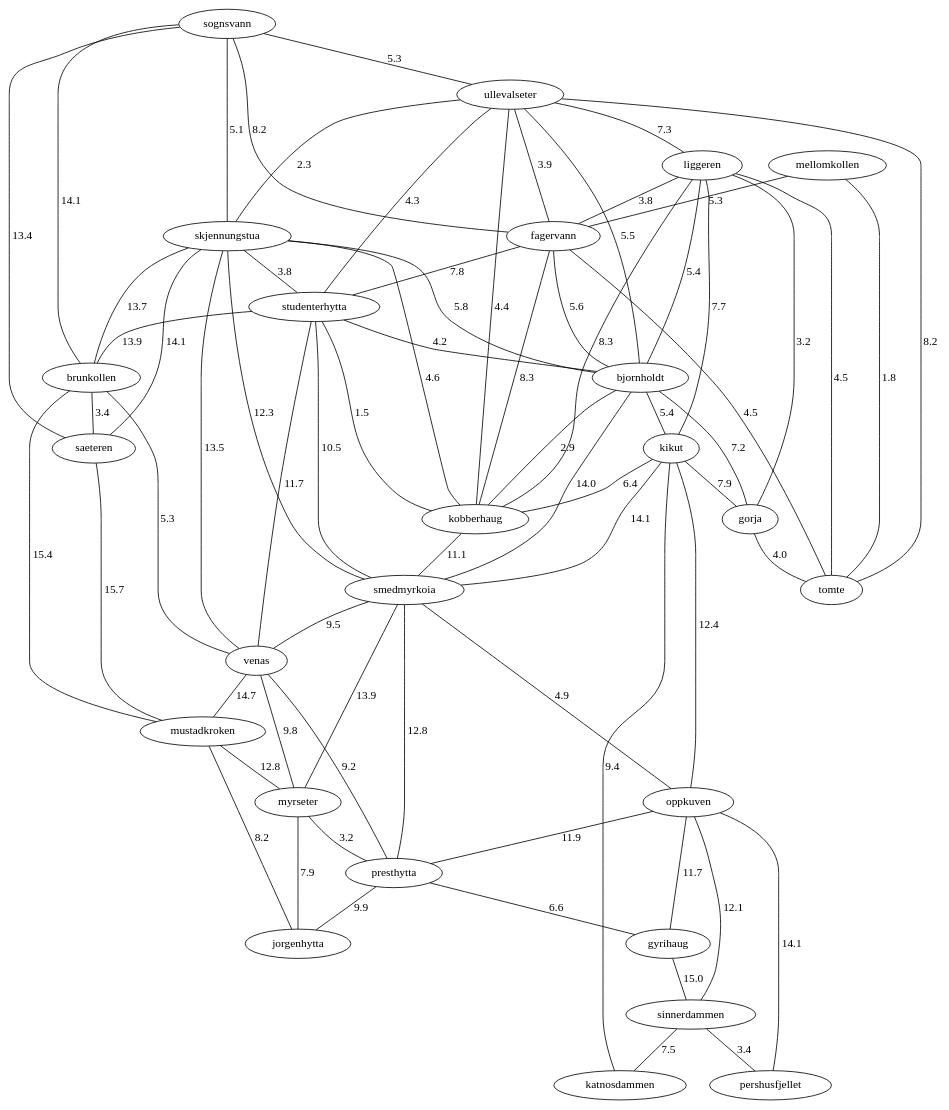
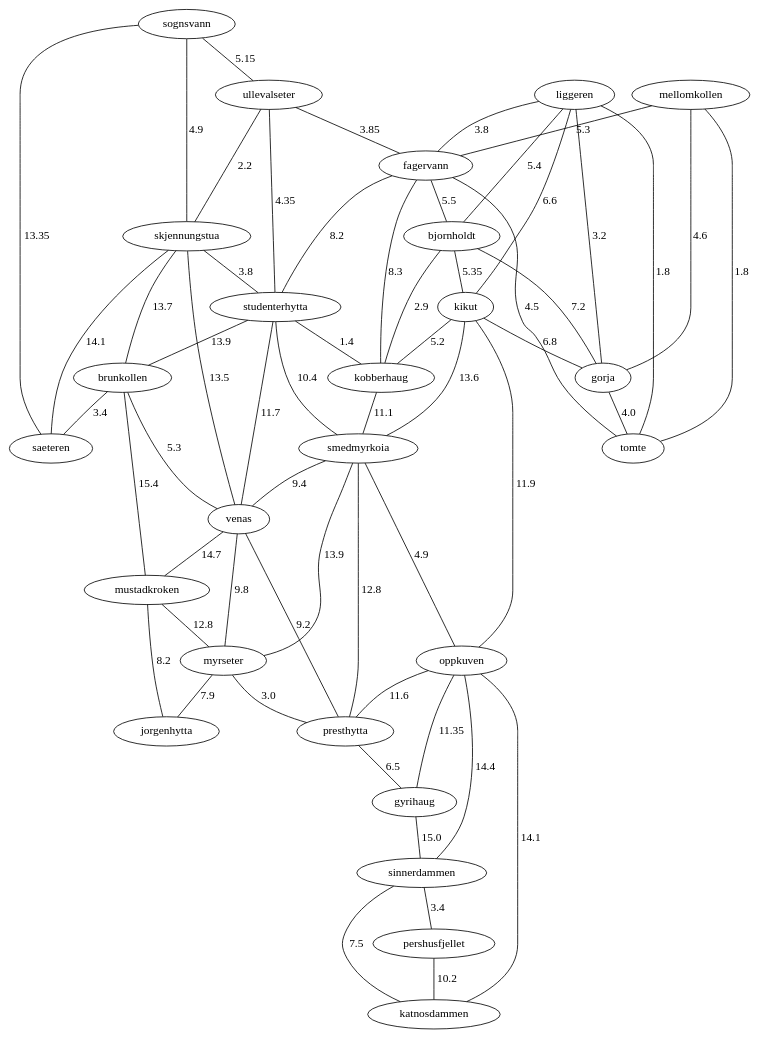
The diagram in fulLGraph.dot (kskaret/Marka), drawn with Graphviz before and after one commit. The commit also changed 37 other files, not shown here.

```diff
--- a/fulLGraph.dot
+++ b/fulLGraph.dot
@@ -1,73 +1,60 @@
 graph G {
-sognsvann -- ullevalseter [len=2.65, label=5.3]
-sognsvann -- skjennungstua [len=2.55, label=5.1]
-sognsvann -- fagervann [len=4.1, label=8.2]
-sognsvann -- brunkollen [len=7.05, label=14.1]
-sognsvann -- saeteren [len=6.7, label=13.4]
-ullevalseter -- skjennungstua [len=1.15, label=2.3]
-ullevalseter -- liggeren [len=3.65, label=7.3]
-ullevalseter -- fagervann [len=1.95, label=3.9]
-ullevalseter -- studenterhytta [len=2.15, label=4.3]
-ullevalseter -- bjornholdt [len=2.75, label=5.5]
-ullevalseter -- kobberhaug [len=2.2, label=4.4]
-ullevalseter -- tomte [len=4.1, label=8.2]
+sognsvann -- ullevalseter [len=2.575, label=5.15]
+sognsvann -- saeteren [len=6.675, label=13.35]
+sognsvann -- skjennungstua [len=2.45, label=4.9]
+ullevalseter -- skjennungstua [len=1.1, label=2.2]
+ullevalseter -- fagervann [len=1.925, label=3.85]
+ullevalseter -- studenterhytta [len=2.175, label=4.35]
 skjennungstua -- studenterhytta [len=1.9, label=3.8]
-skjennungstua -- bjornholdt [len=2.9, label=5.8]
-skjennungstua -- kobberhaug [len=2.3, label=4.6]
 skjennungstua -- brunkollen [len=6.85, label=13.7]
-skjennungstua -- smedmyrkoia [len=6.15, label=12.3]
 skjennungstua -- saeteren [len=7.05, label=14.1]
 skjennungstua -- venas [len=6.75, label=13.5]
 mellomkollen -- fagervann [len=2.65, label=5.3]
 mellomkollen -- tomte [len=0.9, label=1.8]
+mellomkollen -- gorja [len=2.3, label=4.6]
 liggeren -- fagervann [len=1.9, label=3.8]
 liggeren -- bjornholdt [len=2.7, label=5.4]
-liggeren -- kikut [len=3.85, label=7.7]
+liggeren -- kikut [len=3.3, label=6.6]
 liggeren -- gorja [len=1.6, label=3.2]
-liggeren -- kobberhaug [len=4.15, label=8.3]
-liggeren -- tomte [len=2.25, label=4.5]
-fagervann -- studenterhytta [len=3.9, label=7.8]
-fagervann -- bjornholdt [len=2.8, label=5.6]
+liggeren -- tomte [len=0.9, label=1.8]
+fagervann -- studenterhytta [len=4.1, label=8.2]
+fagervann -- bjornholdt [len=2.75, label=5.5]
 fagervann -- kobberhaug [len=4.15, label=8.3]
 fagervann -- tomte [len=2.25, label=4.5]
-studenterhytta -- bjornholdt [len=2.1, label=4.2]
-studenterhytta -- kobberhaug [len=0.75, label=1.5]
+studenterhytta -- kobberhaug [len=0.7, label=1.4]
 studenterhytta -- brunkollen [len=6.95, label=13.9]
-studenterhytta -- smedmyrkoia [len=5.25, label=10.5]
+studenterhytta -- smedmyrkoia [len=5.2, label=10.4]
 studenterhytta -- venas [len=5.85, label=11.7]
-bjornholdt -- kikut [len=2.7, label=5.4]
+bjornholdt -- kikut [len=2.675, label=5.35]
 bjornholdt -- gorja [len=3.6, label=7.2]
 bjornholdt -- kobberhaug [len=1.45, label=2.9]
-bjornholdt -- smedmyrkoia [len=7.0, label=14.0]
-kikut -- gorja [len=3.95, label=7.9]
-kikut -- kobberhaug [len=3.2, label=6.4]
-kikut -- smedmyrkoia [len=7.05, label=14.1]
-kikut -- oppkuven [len=6.2, label=12.4]
-kikut -- katnosdammen [len=4.7, label=9.4]
+kikut -- gorja [len=3.4, label=6.8]
+kikut -- kobberhaug [len=2.6, label=5.2]
+kikut -- smedmyrkoia [len=6.8, label=13.6]
+kikut -- oppkuven [len=5.95, label=11.9]
 gorja -- tomte [len=2.0, label=4.0]
 kobberhaug -- smedmyrkoia [len=5.55, label=11.1]
 brunkollen -- saeteren [len=1.7, label=3.4]
 brunkollen -- venas [len=2.65, label=5.3]
 brunkollen -- mustadkroken [len=7.7, label=15.4]
-smedmyrkoia -- venas [len=4.75, label=9.5]
+smedmyrkoia -- venas [len=4.7, label=9.4]
 smedmyrkoia -- myrseter [len=6.95, label=13.9]
 smedmyrkoia -- oppkuven [len=2.45, label=4.9]
 smedmyrkoia -- presthytta [len=6.4, label=12.8]
-saeteren -- mustadkroken [len=7.85, label=15.7]
 venas -- mustadkroken [len=7.35, label=14.7]
 venas -- myrseter [len=4.9, label=9.8]
 venas -- presthytta [len=4.6, label=9.2]
 mustadkroken -- myrseter [len=6.4, label=12.8]
 mustadkroken -- jorgenhytta [len=4.1, label=8.2]
-myrseter -- presthytta [len=1.6, label=3.2]
+myrseter -- presthytta [len=1.5, label=3.0]
 myrseter -- jorgenhytta [len=3.95, label=7.9]
-oppkuven -- presthytta [len=5.95, label=11.9]
-oppkuven -- gyrihaug [len=5.85, label=11.7]
-oppkuven -- sinnerdammen [len=6.05, label=12.1]
-oppkuven -- pershusfjellet [len=7.05, label=14.1]
-presthytta -- gyrihaug [len=3.3, label=6.6]
-presthytta -- jorgenhytta [len=4.95, label=9.9]
+oppkuven -- presthytta [len=5.8, label=11.6]
+oppkuven -- gyrihaug [len=5.675, label=11.35]
+oppkuven -- sinnerdammen [len=7.2, label=14.4]
+oppkuven -- katnosdammen [len=7.05, label=14.1]
+presthytta -- gyrihaug [len=3.25, label=6.5]
 gyrihaug -- sinnerdammen [len=7.5, label=15.0]
 sinnerdammen -- pershusfjellet [len=1.7, label=3.4]
 sinnerdammen -- katnosdammen [len=3.75, label=7.5]
+pershusfjellet -- katnosdammen [len=5.1, label=10.2]
 }
```
